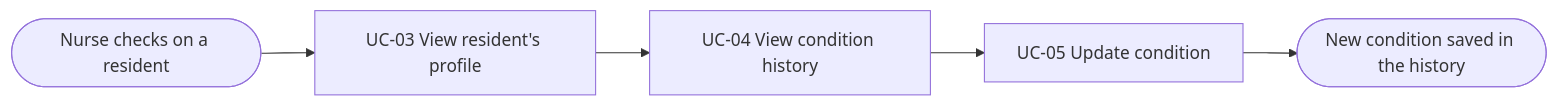
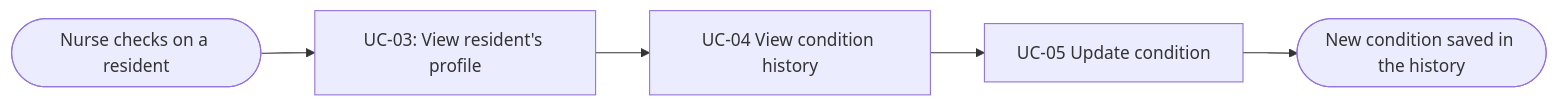
One commit to hatrang191/groupE-nursinghome changed the second of 9 diagrams in docs/external-design/usage-flow.md. Above: the diagram before and after it, drawn with Mermaid. The commit also changed other lines of this file, not shown here.

First line of the commit message:
Revise usage flow and use case details

````diff
--- a/docs/external-design/usage-flow.md
+++ b/docs/external-design/usage-flow.md
@@ -31,13 +30,7 @@
 ```mermaid
-
 flowchart LR
-
- A(["Nurse checks on a resident"]) --> U3["UC-03 View resident's profile"]
-
+ A(["Nurse checks on a resident"]) --> U3["UC-03: View resident's profile"]
  U3 --> U4["UC-04 View condition history"]
-
  U4 --> U5["UC-05 Update condition"]
-
  U5 --> Z(["New condition saved in the history"])
-
 ```
````
